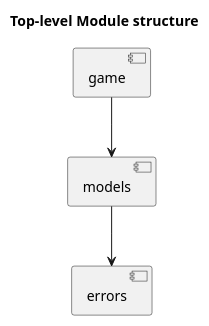
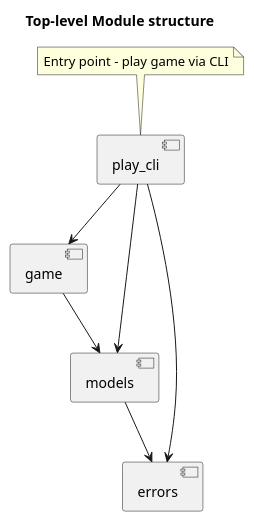
The diagram in docs/modules.puml (Samour/wordle), drawn with PlantUML before and after one commit. The commit also changed 9 other files, not shown here.

Commit message:
Implement simple CLI to play game

```diff
--- a/docs/modules.puml
+++ b/docs/modules.puml
@@ -1,17 +1,26 @@
 @startuml
 
 title Top-level Module structure
 
 'Instructions:
 'This codebase is utilizing ports-and-adaptor and DI to ensure code cleanliness & prevent circular
 'dependencies.
 'Each direct child of root module (wordle) is an organisation module. If any component of an organisational
 'module imports another organisational model, record it in this module graph. Ensure that no circular
 'dependencies occur.
 
 'Test module can be disregarded for this purpose
 
+[play_cli]
+note top of play_cli
+    Entry point - play game via CLI
+end note
+
+[play_cli] --> [game]
+[play_cli] --> [models]
+[play_cli] --> [errors]
+
 [game] --> [models]
 [models] --> [errors]
 
 @enduml
```
